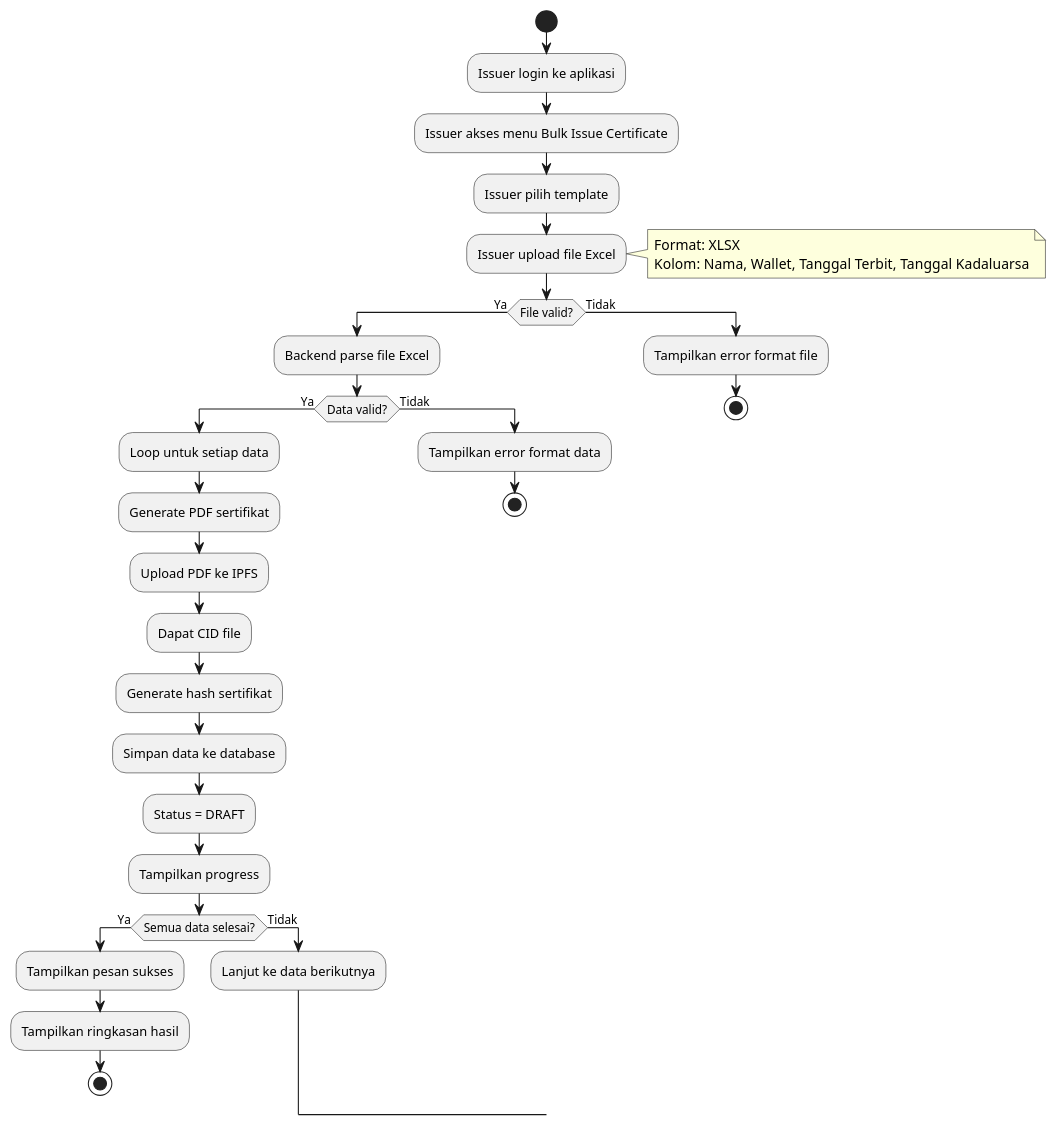
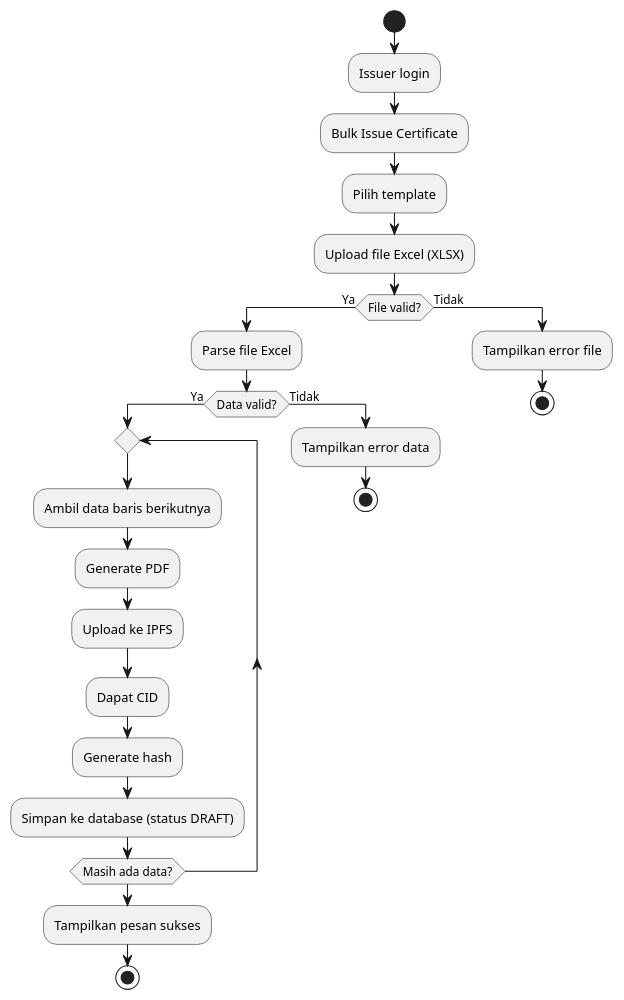
Before and after one commit to Aguh18/Skripsi-Projek-Penerbitan-Sertifikat-Berbasis-Blockhain-Polygon: the diagram in plantuml/flowchart/flowchart_bulk_issue.puml, drawn with PlantUML. The commit also changed 3 other files, not shown here.

```diff
--- a/plantuml/flowchart/flowchart_bulk_issue.puml
+++ b/plantuml/flowchart/flowchart_bulk_issue.puml
@@ -1,37 +1,28 @@
 @startuml
 start
-:Issuer login ke aplikasi;
-:Issuer akses menu Bulk Issue Certificate;
-:Issuer pilih template;
-:Issuer upload file Excel;
-note right
-  Format: XLSX
-  Kolom: Nama, Wallet, Tanggal Terbit, Tanggal Kadaluarsa
-end note
+:Issuer login;
+:Bulk Issue Certificate;
+:Pilih template;
+:Upload file Excel (XLSX);
 if (File valid?) then (Ya)
-  :Backend parse file Excel;
+  :Parse file Excel;
   if (Data valid?) then (Ya)
-    :Loop untuk setiap data;
-    :Generate PDF sertifikat;
-    :Upload PDF ke IPFS;
-    :Dapat CID file;
-    :Generate hash sertifikat;
-    :Simpan data ke database;
-    :Status = DRAFT;
-    :Tampilkan progress;
-    if (Semua data selesai?) then (Ya)
-      :Tampilkan pesan sukses;
-      :Tampilkan ringkasan hasil;
-      stop
-    else (Tidak)
-      :Lanjut ke data berikutnya;
-    endif
+    repeat
+      :Ambil data baris berikutnya;
+      :Generate PDF;
+      :Upload ke IPFS;
+      :Dapat CID;
+      :Generate hash;
+      :Simpan ke database (status DRAFT);
+    repeat while (Masih ada data?)
+    :Tampilkan pesan sukses;
+    stop
   else (Tidak)
-    :Tampilkan error format data;
+    :Tampilkan error data;
     stop
   endif
 else (Tidak)
-  :Tampilkan error format file;
+  :Tampilkan error file;
   stop
 endif
 @enduml 
```
